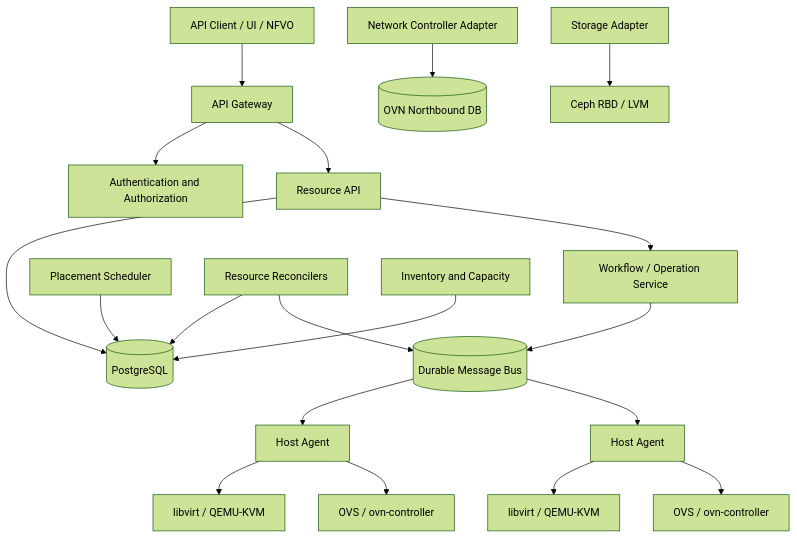
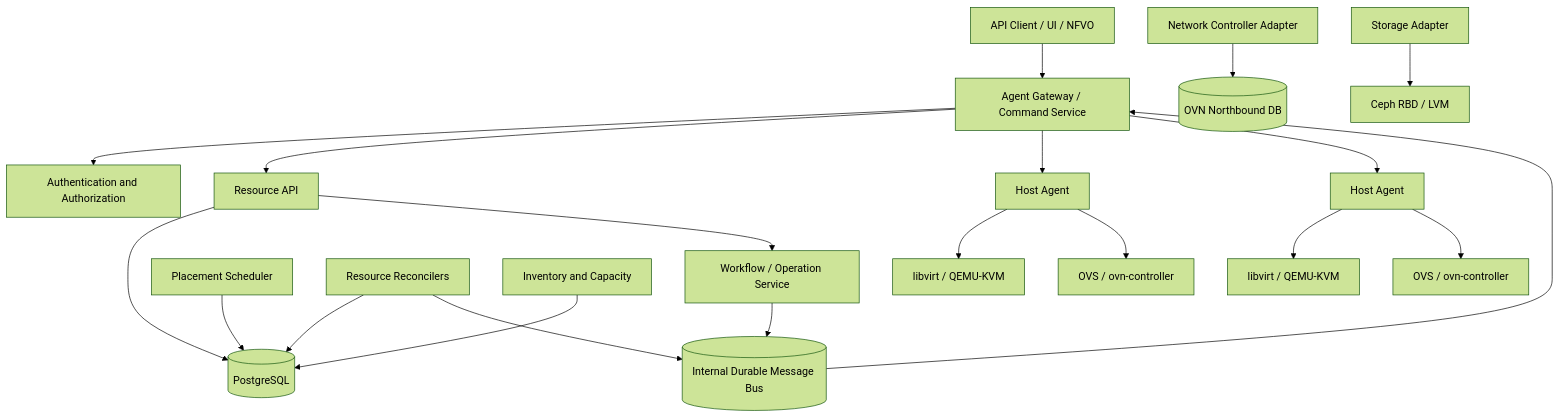
Before and after one commit to si32288564/kvm-infrastructure-manager: the second of 3 diagrams in docs/architecture.md, drawn with Mermaid (forest theme). The commit also changed other lines of this file and 32 other files, not shown here.

Commit message:
docs: strengthen phase 0 architecture baseline

````diff
--- a/docs/architecture.md
+++ b/docs/architecture.md
@@ -40,21 +40,22 @@
 ```mermaid
 flowchart TB
     Client["API Client / UI / NFVO"] --> Gateway["API Gateway"]
     Gateway --> IAM["Authentication and Authorization"]
     Gateway --> API["Resource API"]
     API --> DB[("PostgreSQL")]
     API --> Workflow["Workflow / Operation Service"]
-    Workflow --> Bus[("Durable Message Bus")]
+    Workflow --> Bus[("Internal Durable Message Bus")]
     Scheduler["Placement Scheduler"] --> DB
     Reconciler["Resource Reconcilers"] --> DB
     Reconciler --> Bus
     Inventory["Inventory and Capacity"] --> DB
-    Bus --> Agent1["Host Agent"]
-    Bus --> AgentN["Host Agent"]
+    Bus --> Gateway["Agent Gateway / Command Service"]
+    Gateway --> Agent1["Host Agent"]
+    Gateway --> AgentN["Host Agent"]
     Agent1 --> Libvirt1["libvirt / QEMU-KVM"]
     AgentN --> LibvirtN["libvirt / QEMU-KVM"]
     Agent1 --> OVS1["OVS / ovn-controller"]
     AgentN --> OVSN["OVS / ovn-controller"]
     NetworkCtl["Network Controller Adapter"] --> OVNDB[("OVN Northbound DB")]
     StorageCtl["Storage Adapter"] --> RBD["Ceph RBD / LVM"]
 ```
````
